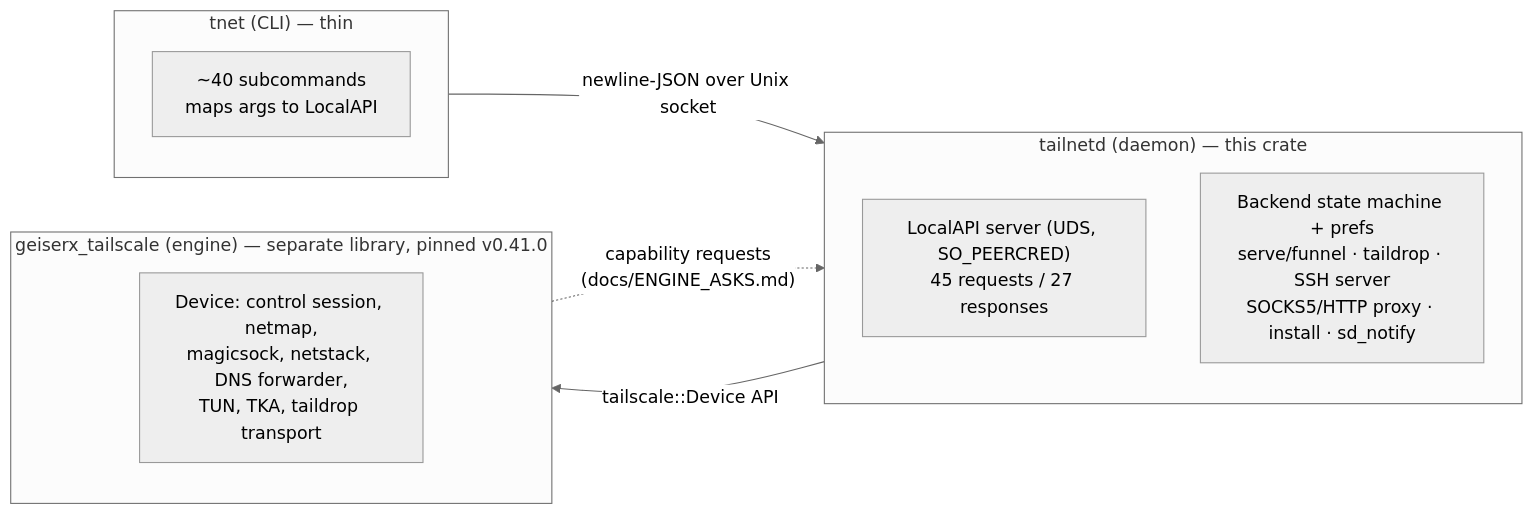
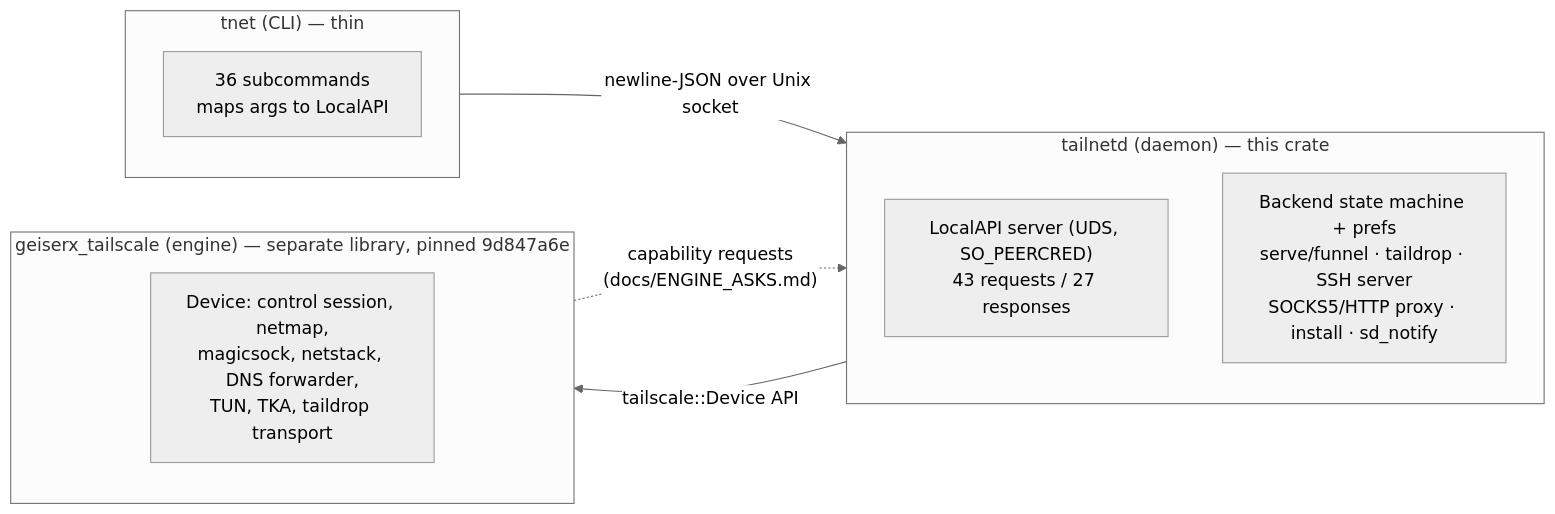
Before and after one commit to GeiserX/tailscaled-rs: the second of 3 diagrams in docs/PARITY_GAP_ANALYSIS.md, drawn with Mermaid (neutral theme). The commit also changed other lines of this file and 1 other file, not shown here.

````diff
--- a/docs/PARITY_GAP_ANALYSIS.md
+++ b/docs/PARITY_GAP_ANALYSIS.md
@@ -60,19 +78,19 @@
 ```mermaid
 flowchart LR
     subgraph CLI["tnet (CLI) — thin"]
         direction TB
-        C1["~40 subcommands<br/>maps args to LocalAPI"]
+        C1["36 subcommands<br/>maps args to LocalAPI"]
     end
     subgraph DAEMON["tailnetd (daemon) — this crate"]
         direction TB
-        D1["LocalAPI server (UDS, SO_PEERCRED)<br/>45 requests / 27 responses"]
+        D1["LocalAPI server (UDS, SO_PEERCRED)<br/>43 requests / 27 responses"]
         D2["Backend state machine + prefs<br/>serve/funnel · taildrop · SSH server<br/>SOCKS5/HTTP proxy · install · sd_notify"]
     end
-    subgraph ENGINE["geiserx_tailscale (engine) — separate library, pinned v0.41.0"]
+    subgraph ENGINE["geiserx_tailscale (engine) — separate library, pinned 9d847a6e"]
         direction TB
         E1["Device: control session, netmap,<br/>magicsock, netstack, DNS forwarder,<br/>TUN, TKA, taildrop transport"]
     end
     CLI -->|"newline-JSON over Unix socket"| DAEMON
     DAEMON -->|"tailscale::Device API"| ENGINE
     ENGINE -.->|"capability requests<br/>(docs/ENGINE_ASKS.md)"| DAEMON
 ```
````
